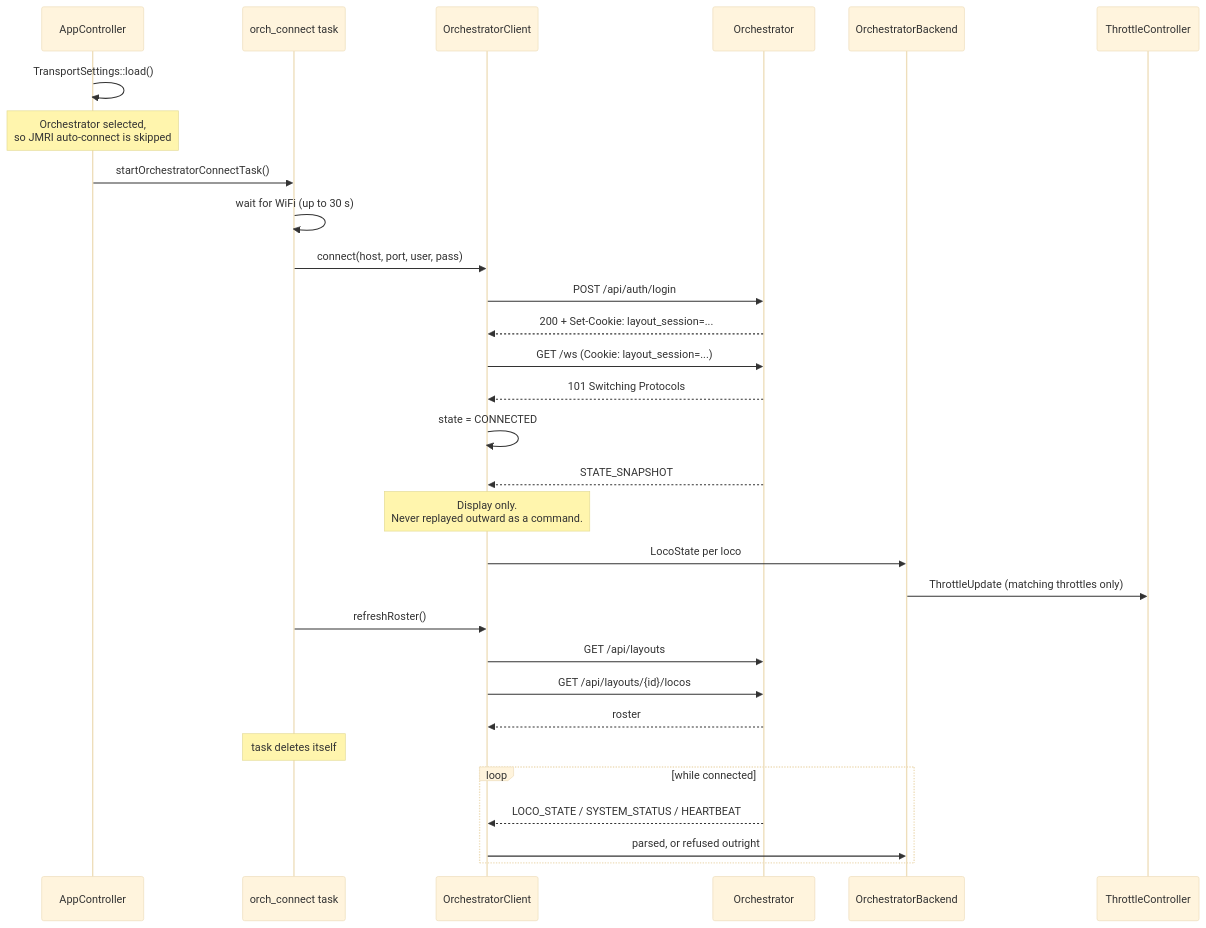
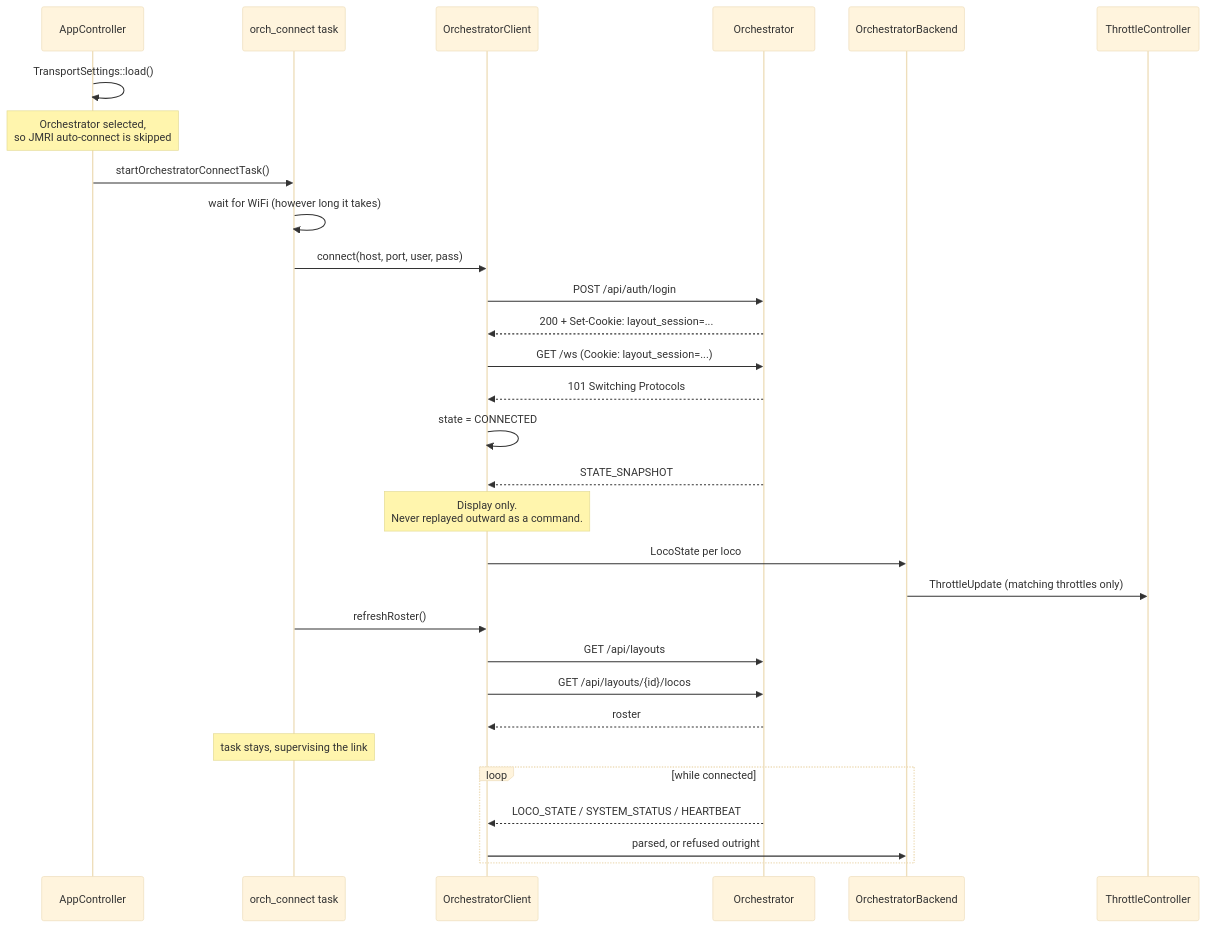
One commit to bazauto/esp-layout-controller changed the second of 5 diagrams in docs/flows/CONNECTION_FLOW.md. Above: the diagram before and after it, drawn with Mermaid (base theme). The commit also changed other lines of this file and 18 other files, not shown here.

````diff
--- a/docs/flows/CONNECTION_FLOW.md
+++ b/docs/flows/CONNECTION_FLOW.md
@@ -26,37 +26,37 @@
 ```mermaid
 sequenceDiagram
     participant AC as AppController
     participant OT as orch_connect task
     participant OC as OrchestratorClient
     participant ORCH as Orchestrator
     participant OB as OrchestratorBackend
     participant TC as ThrottleController
 
     AC->>AC: TransportSettings::load()
     Note over AC: Orchestrator selected,<br/>so JMRI auto-connect is skipped
     AC->>OT: startOrchestratorConnectTask()
-    OT->>OT: wait for WiFi (up to 30 s)
+    OT->>OT: wait for WiFi (however long it takes)
 
     OT->>OC: connect(host, port, user, pass)
     OC->>ORCH: POST /api/auth/login
     ORCH-->>OC: 200 + Set-Cookie: layout_session=...
     OC->>ORCH: GET /ws (Cookie: layout_session=...)
     ORCH-->>OC: 101 Switching Protocols
     OC->>OC: state = CONNECTED
 
     ORCH-->>OC: STATE_SNAPSHOT
     Note over OC: Display only.<br/>Never replayed outward as a command.
     OC->>OB: LocoState per loco
     OB->>TC: ThrottleUpdate (matching throttles only)
 
     OT->>OC: refreshRoster()
     OC->>ORCH: GET /api/layouts
     OC->>ORCH: GET /api/layouts/{id}/locos
     ORCH-->>OC: roster
-    Note over OT: task deletes itself
+    Note over OT: task stays, supervising the link
 
     loop while connected
         ORCH-->>OC: LOCO_STATE / SYSTEM_STATUS / HEARTBEAT
         OC->>OB: parsed, or refused outright
     end
 ```
````
